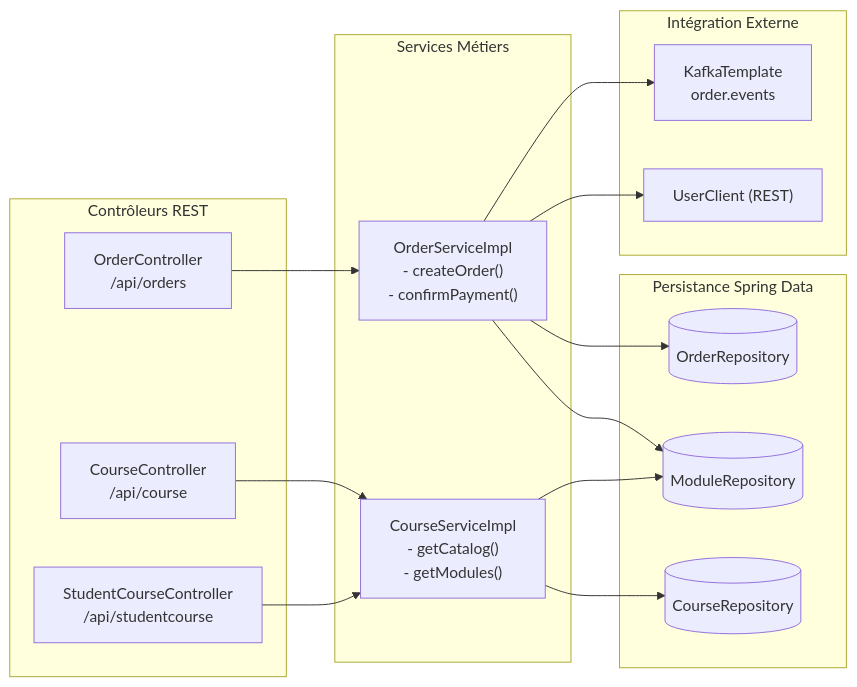
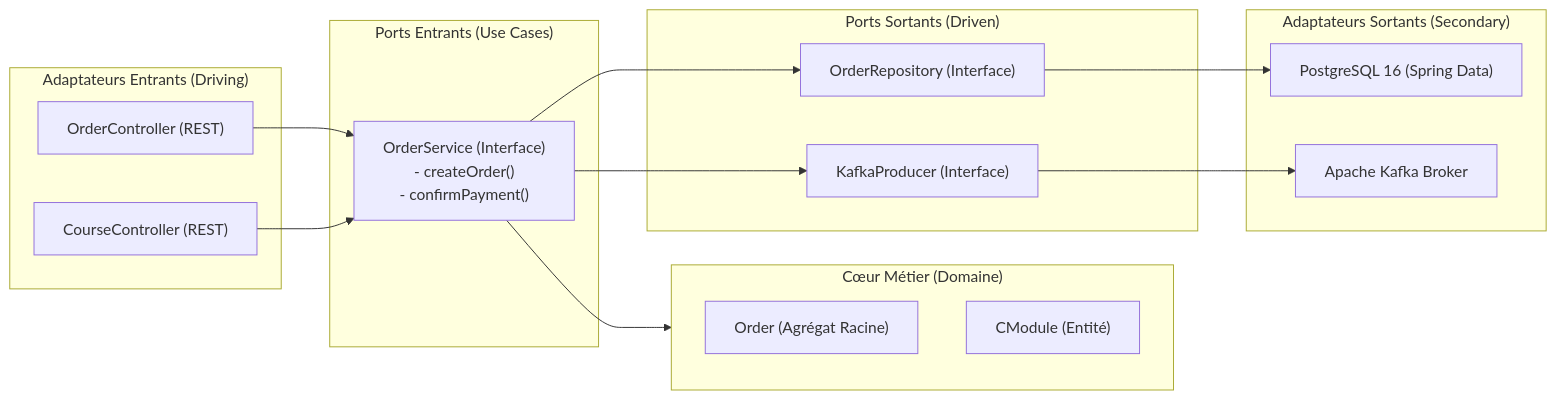
Before and after one commit to cloudDevML/architecture-logicielle-ecommerce: the third of 5 diagrams in rapport/RAPPORT_ARCHITECTURE_LOGICIELLE.md, drawn with Mermaid. The commit also changed other lines of this file and 2 other files, not shown here.

Commit message:
docs(architecture): integration de la matrice de decision, DDD strategique et Clean Architecture dans le rapport

````diff
--- a/rapport/RAPPORT_ARCHITECTURE_LOGICIELLE.md
+++ b/rapport/RAPPORT_ARCHITECTURE_LOGICIELLE.md
@@ -175,36 +178,34 @@
 ```mermaid
 flowchart LR
-    subgraph REST_Controllers["Contrôleurs REST"]
-        OrderCtrl["OrderController<br/>/api/orders"]
-        CourseCtrl["CourseController<br/>/api/course"]
-        StudentCtrl["StudentCourseController<br/>/api/studentcourse"]
+    subgraph AdaptateursEntrants["Adaptateurs Entrants (Driving)"]
+        OrderCtrl["OrderController (REST)"]
+        CourseCtrl["CourseController (REST)"]
     end
 
-    subgraph Business_Services["Services Métiers"]
-        OrderSvc["OrderServiceImpl<br/>- createOrder()<br/>- confirmPayment()"]
-        CourseSvc["CourseServiceImpl<br/>- getCatalog()<br/>- getModules()"]
+    subgraph PortsEntrants["Ports Entrants (Use Cases)"]
+        OrderSvcPort["OrderService (Interface)<br/>- createOrder()<br/>- confirmPayment()"]
     end
 
-    subgraph Data_Repositories["Persistance Spring Data"]
-        OrderRepo[("OrderRepository")]
-        ModuleRepo[("ModuleRepository")]
-        CourseRepo[("CourseRepository")]
+    subgraph CoeurMetier["Cœur Métier (Domaine)"]
+        OrderEntity["Order (Agrégat Racine)"]
+        CModuleEntity["CModule (Entité)"]
     end
 
-    subgraph Messaging["Intégration Externe"]
-        KafkaProd["KafkaTemplate<br/>order.events"]
-        UserCli["UserClient (REST)"]
+    subgraph PortsSortants["Ports Sortants (Driven)"]
+        OrderRepoPort["OrderRepository (Interface)"]
+        EventPort["KafkaProducer (Interface)"]
     end
 
-    OrderCtrl --> OrderSvc
-    CourseCtrl --> CourseSvc
-    StudentCtrl --> CourseSvc
+    subgraph AdaptateursSortants["Adaptateurs Sortants (Secondary)"]
+        JPAAdapter["PostgreSQL 16 (Spring Data)"]
+        KafkaAdapter["Apache Kafka Broker"]
+    end
 
-    OrderSvc --> OrderRepo
-    OrderSvc --> ModuleRepo
-    OrderSvc --> KafkaProd
-    OrderSvc --> UserCli
-
-    CourseSvc --> ModuleRepo
-    CourseSvc --> CourseRepo
+    OrderCtrl --> OrderSvcPort
+    CourseCtrl --> OrderSvcPort
+    OrderSvcPort --> CoeurMetier
+    OrderSvcPort --> OrderRepoPort
+    OrderSvcPort --> EventPort
+    OrderRepoPort --> JPAAdapter
+    EventPort --> KafkaAdapter
 ```
````
